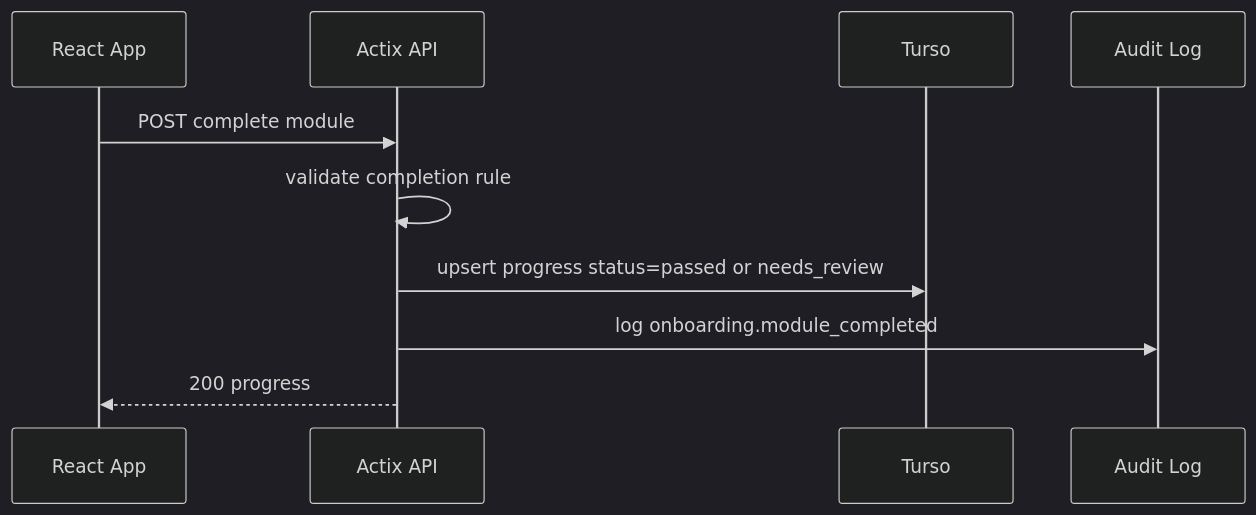
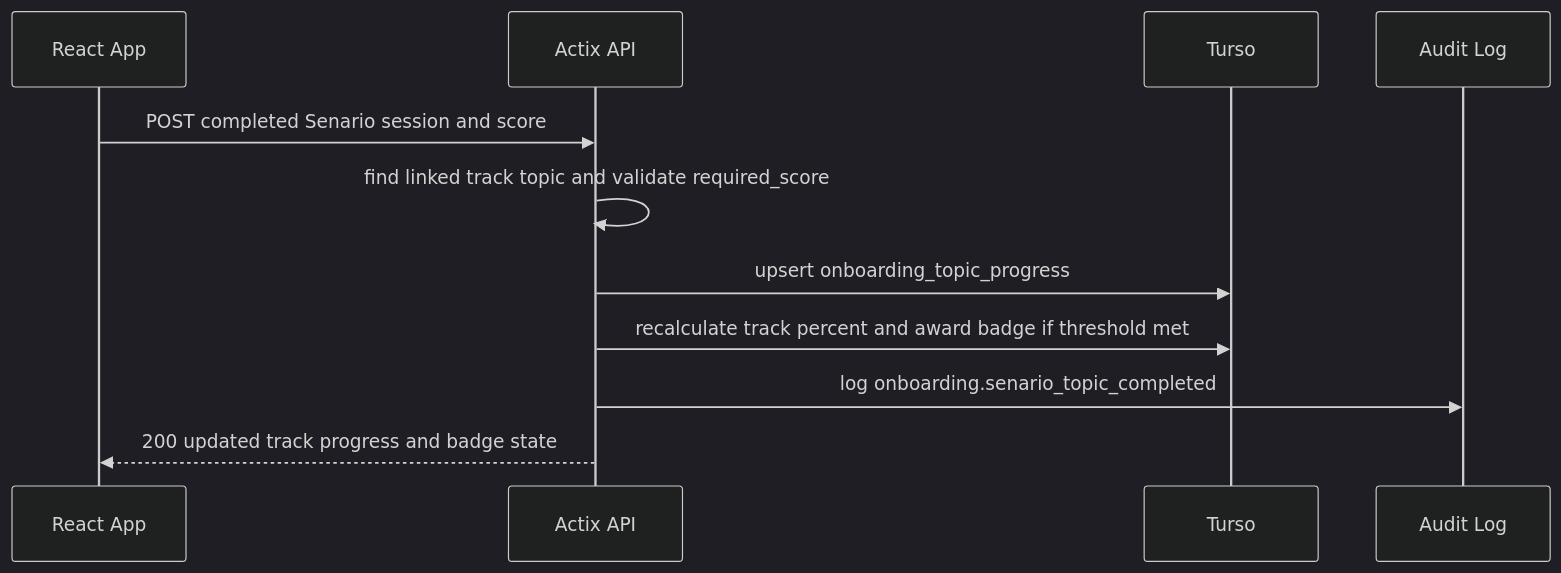
Diagram 19 of 20 in docs/dev/api-sequence-diagrams.md (CopimatorKung/Temp), drawn with Mermaid (dark theme) before and after one commit. The commit also changed other lines of this file and 38 other files, not shown here.

````diff
--- a/docs/dev/api-sequence-diagrams.md
+++ b/docs/dev/api-sequence-diagrams.md
@@ -370,13 +424,14 @@
 ```mermaid
 sequenceDiagram
     participant FE as React App
     participant API as Actix API
     participant DB as Turso
     participant Audit as Audit Log
 
-    FE->>API: POST complete module
-    API->>API: validate completion rule
-    API->>DB: upsert progress status=passed or needs_review
-    API->>Audit: log onboarding.module_completed
-    API-->>FE: 200 progress
+    FE->>API: POST completed Senario session and score
+    API->>API: find linked track topic and validate required_score
+    API->>DB: upsert onboarding_topic_progress
+    API->>DB: recalculate track percent and award badge if threshold met
+    API->>Audit: log onboarding.senario_topic_completed
+    API-->>FE: 200 updated track progress and badge state
 ```
````
